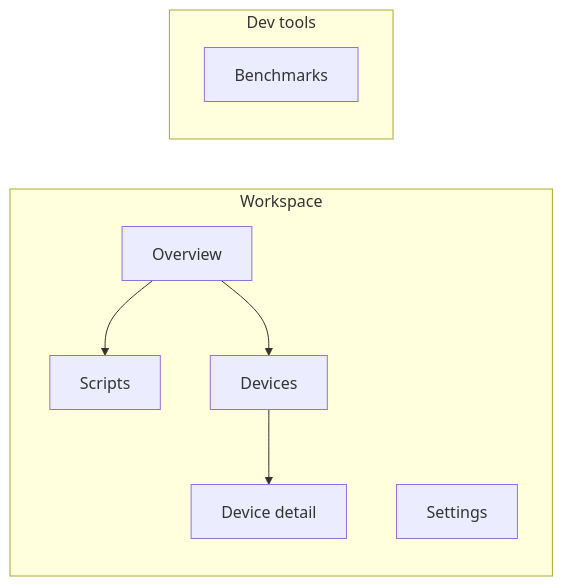
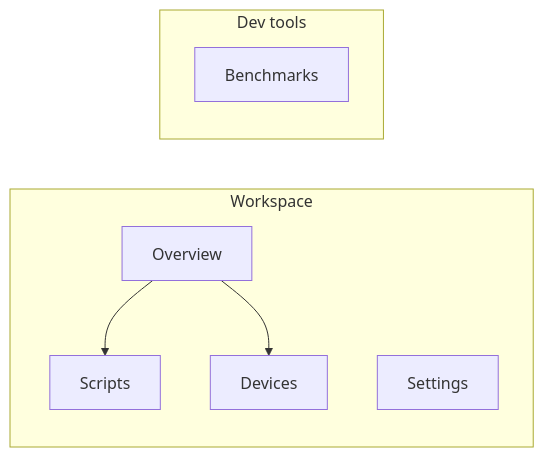
The diagram in docs/current-ui.md (RisheekeshKG/Hardware-Aware-Heterogeneous-AI-Runtime), drawn with Mermaid before and after one commit. The commit also changed other lines of this file and 7 other files, not shown here.

````diff
--- a/docs/current-ui.md
+++ b/docs/current-ui.md
@@ -9,12 +13,11 @@
 ```mermaid
 flowchart LR
   subgraph Workspace
     O[Overview] --> S[Scripts]
     O --> D[Devices]
-    D --> DD[Device detail]
     ST[Settings]
   end
   subgraph Dev tools
     B[Benchmarks]
   end
 ```
````
